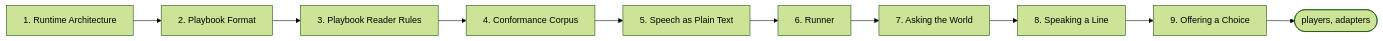
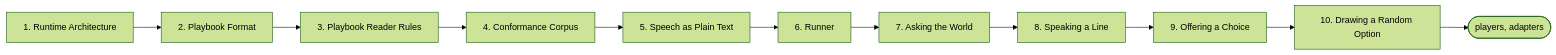
The second of 3 diagrams in docs/contributing/design-notes/README.md (pengzhengyi/dialoguedown), drawn with Mermaid (forest theme) before and after one commit. The commit also changed other lines of this file and 120 other files, not shown here.

````diff
--- a/docs/contributing/design-notes/README.md
+++ b/docs/contributing/design-notes/README.md
@@ -109,12 +109,13 @@
 ```mermaid
 flowchart LR
     RA["1. Runtime Architecture"] --> PF["2. Playbook Format"]
     PF --> RR["3. Playbook Reader Rules"]
     RR --> CC["4. Conformance Corpus"]
     CC --> SPT["5. Speech as Plain Text"]
     SPT --> RN["6. Runner"]
     RN --> AW["7. Asking the World"]
     AW --> SL["8. Speaking a Line"]
     SL --> OC["9. Offering a Choice"]
-    OC --> RUN(["players, adapters"])
+    OC --> DR["10. Drawing a Random Option"]
+    DR --> RUN(["players, adapters"])
 ```
````
